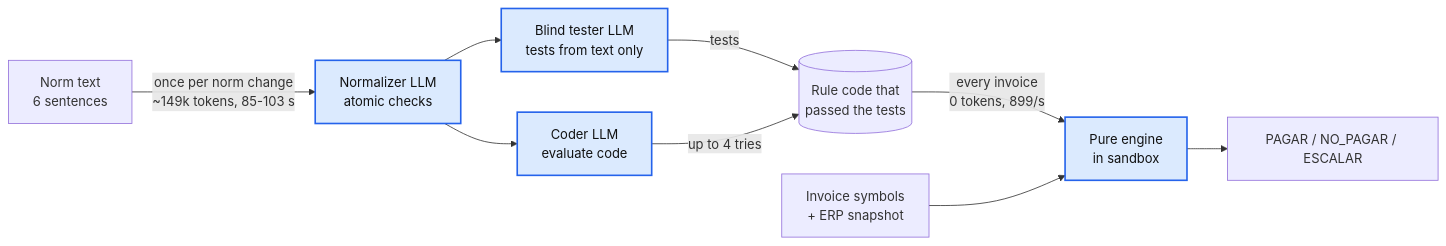
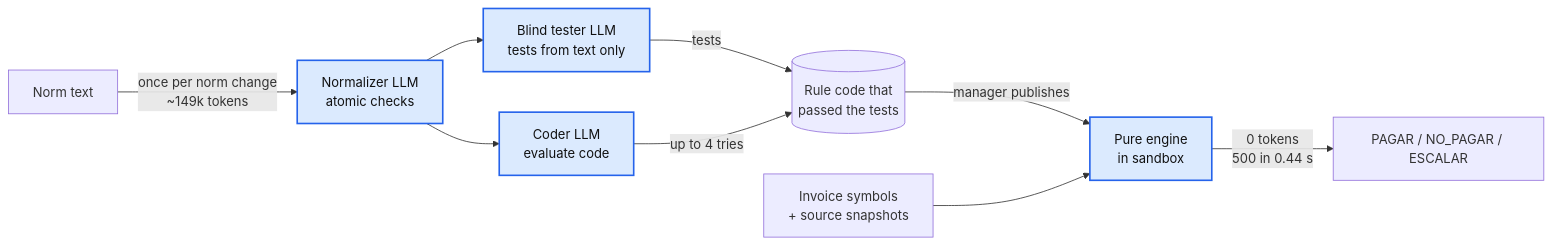
Before and after one commit to Martinhdeez/trace-it: the diagram in docs/adr/A-llm-writes-code-never-decides.md, drawn with Mermaid. The commit also changed other lines of this file and 41 other files, not shown here.

````diff
--- a/docs/adr/A-llm-writes-code-never-decides.md
+++ b/docs/adr/A-llm-writes-code-never-decides.md
@@ -30,13 +59,13 @@
 ```mermaid
 flowchart LR
-  N["Norm text<br/>6 sentences"] -- "once per norm change<br/>~149k tokens, 85-103 s" --> NZ["Normalizer LLM<br/>atomic checks"]
+  N["Norm text"] -- "once per norm change<br/>~149k tokens" --> NZ["Normalizer LLM<br/>atomic checks"]
   NZ --> T["Blind tester LLM<br/>tests from text only"]
   NZ --> C["Coder LLM<br/>evaluate code"]
   T -- "tests" --> R[("Rule code that<br/>passed the tests")]
   C -- "up to 4 tries" --> R
-  R -- "every invoice<br/>0 tokens, 899/s" --> E["Pure engine<br/>in sandbox"]
-  I["Invoice symbols<br/>+ ERP snapshot"] --> E
-  E --> D["PAGAR / NO_PAGAR / ESCALAR"]
+  R -- "manager publishes" --> E["Pure engine<br/>in sandbox"]
+  I["Invoice symbols<br/>+ source snapshots"] --> E
+  E -- "0 tokens<br/>500 in 0.44 s" --> D["PAGAR / NO_PAGAR / ESCALAR"]
   classDef ka fill:#dbeafe,stroke:#2563eb,stroke-width:2px,color:#111
   class NZ,T,C,E ka
 ```
````
